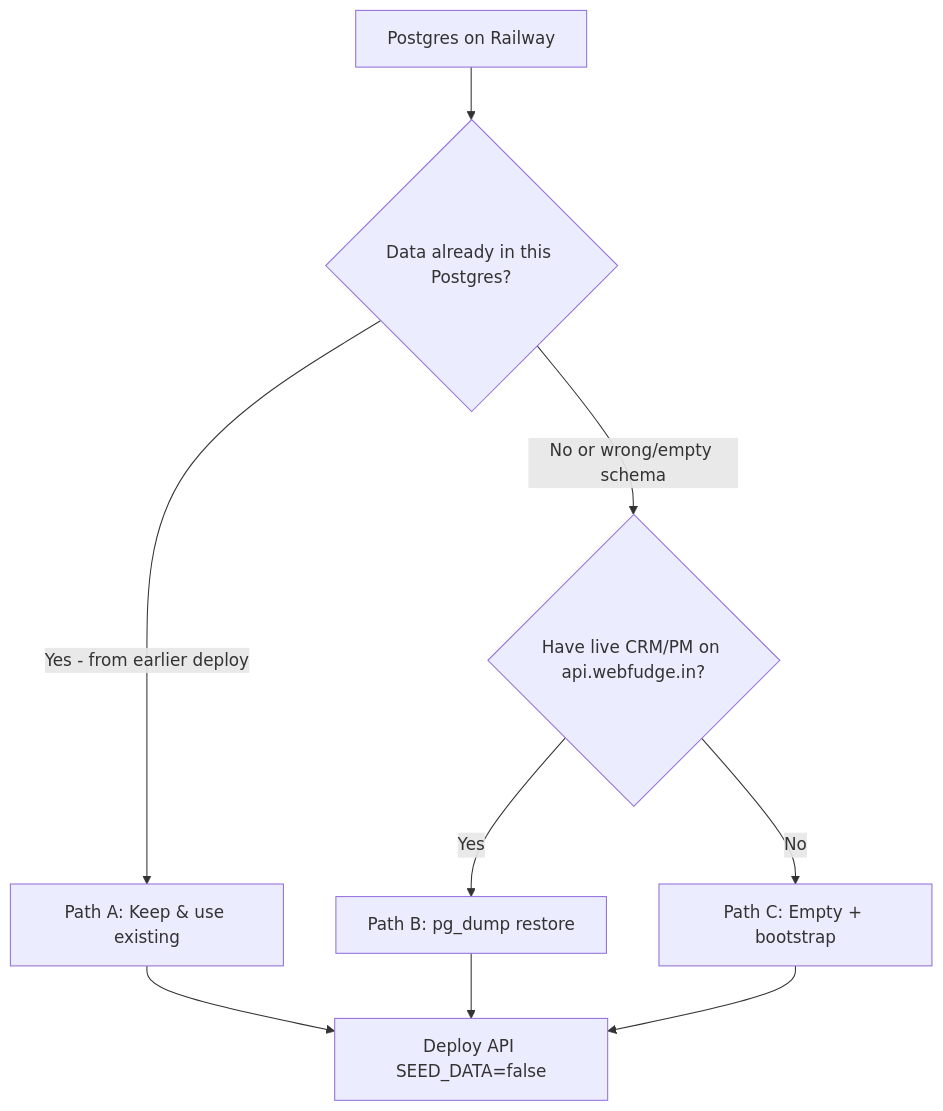
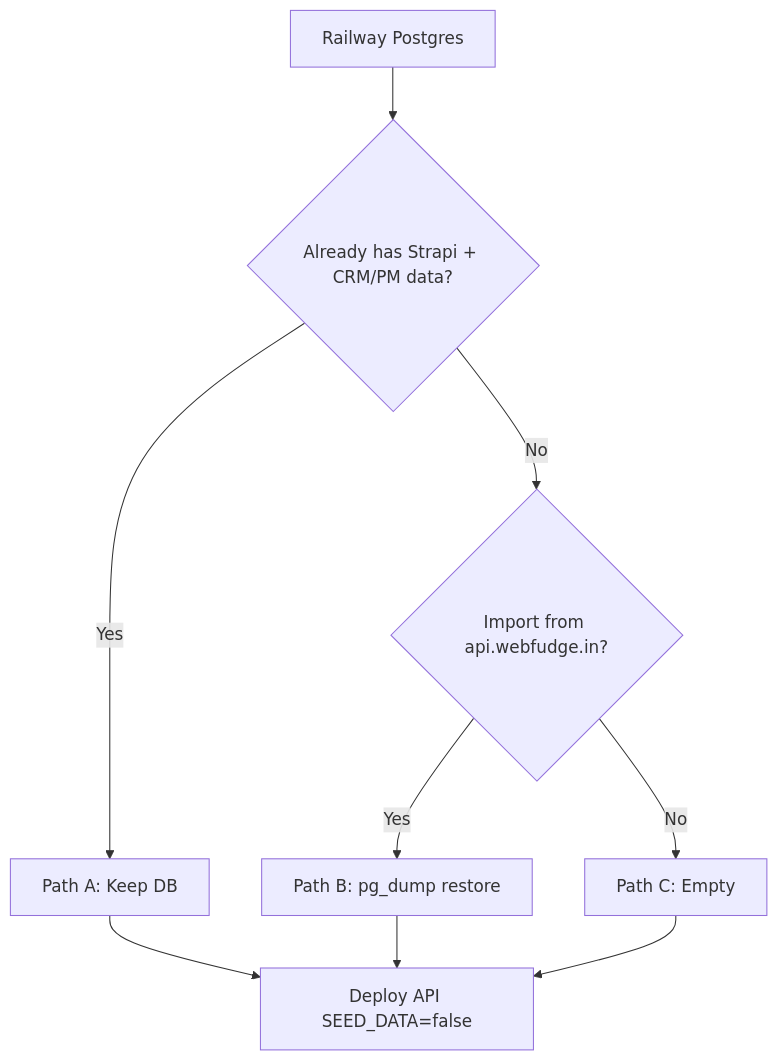
The second of 2 diagrams in docs/WEBFUDGE_SYSTEMS_DEPLOYMENT_GUIDE.md (Webfudge-Systems/xtrawrkx-suite), drawn with Mermaid before and after one commit. The commit also changed other lines of this file and 28 other files, not shown here.

````diff
--- a/docs/WEBFUDGE_SYSTEMS_DEPLOYMENT_GUIDE.md
+++ b/docs/WEBFUDGE_SYSTEMS_DEPLOYMENT_GUIDE.md
@@ -249,11 +248,9 @@
 ```mermaid
 flowchart TD
-  START[Postgres on Railway] --> Q{Data already in this Postgres?}
-  Q -->|Yes - from earlier deploy| A[Path A: Keep & use existing]
-  Q -->|No or wrong/empty schema| Q2{Have live CRM/PM on api.webfudge.in?}
+  START[Railway Postgres] --> Q{Already has Strapi + CRM/PM data?}
+  Q -->|Yes| A[Path A: Keep DB]
+  Q -->|No| Q2{Import from api.webfudge.in?}
   Q2 -->|Yes| B[Path B: pg_dump restore]
-  Q2 -->|No| C[Path C: Empty + bootstrap]
-  A --> DEPLOY[Deploy API SEED_DATA=false]
-  B --> DEPLOY
-  C --> DEPLOY
+  Q2 -->|No| C[Path C: Empty]
+  A & B & C --> API[Deploy API SEED_DATA=false]
 ```
````
